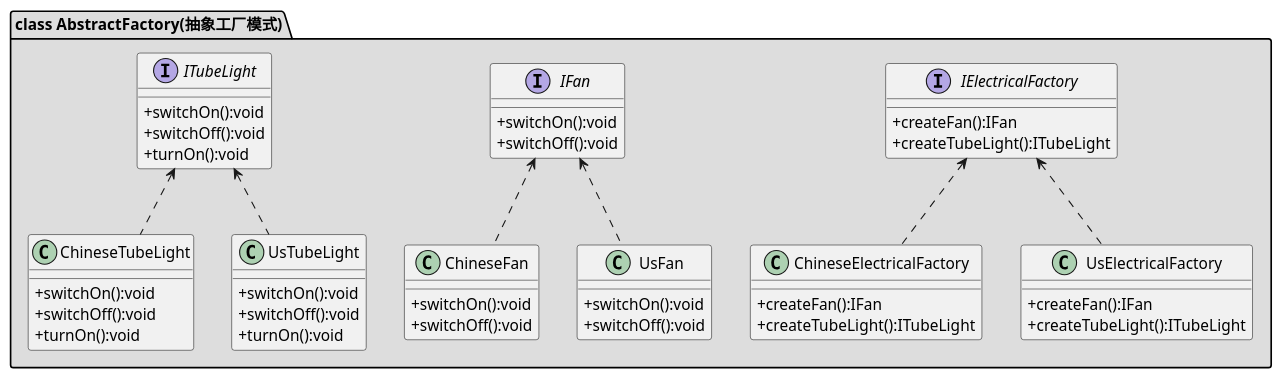
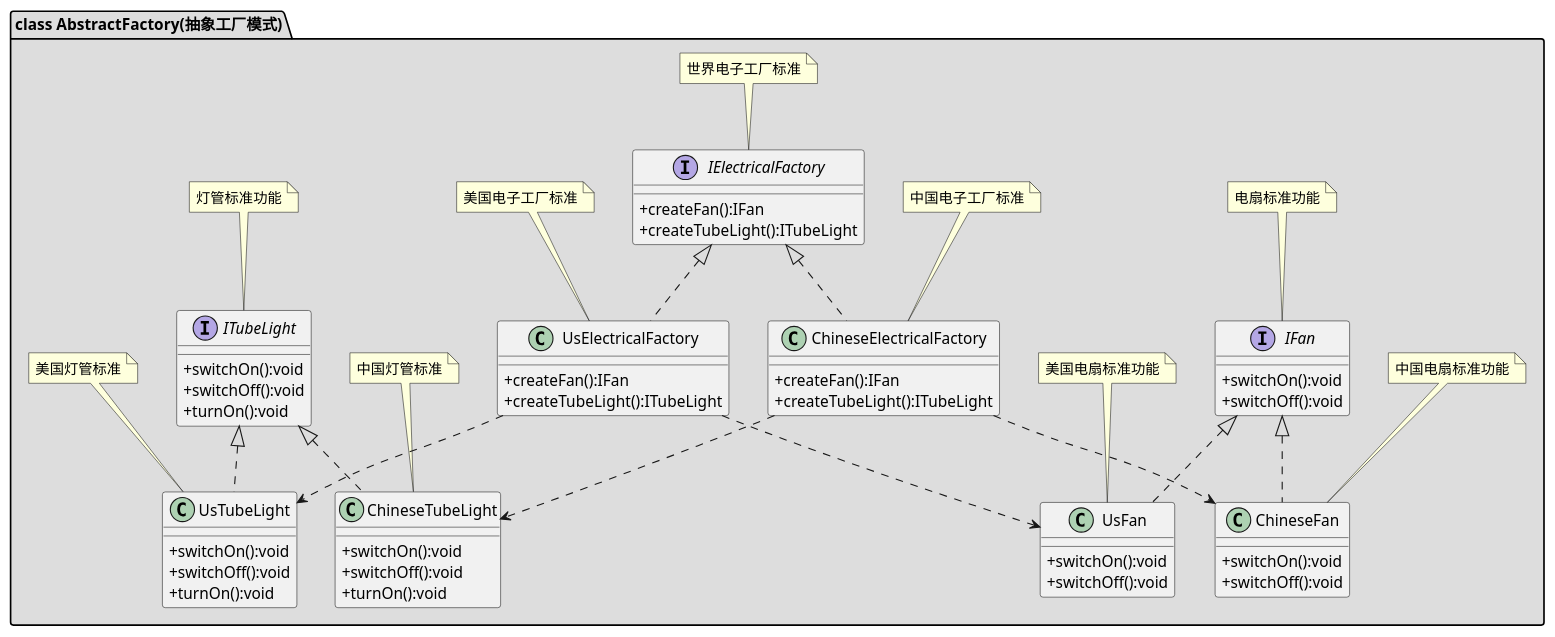
The diagram in creation/src/main/java/com/holddie/design/factory/abstractFactory/abstract-factory.puml (Asxing/awesome-design-parttern), drawn with PlantUML before and after one commit. The commit also changed 58 other files, not shown here.

```diff
--- a/creation/src/main/java/com/holddie/design/factory/abstractFactory/abstract-factory.puml
+++ b/creation/src/main/java/com/holddie/design/factory/abstractFactory/abstract-factory.puml
@@ -1,62 +1,78 @@
 @startuml
 skinparam classAttributeIconSize 0
 
 package "class AbstractFactory(抽象工厂模式)" #DDDDDD {
 
 interface IElectricalFactory{
 +createFan():IFan
 +createTubeLight():ITubeLight
 }
+note top of IElectricalFactory: 世界电子工厂标准 
 
 class ChineseElectricalFactory {
 +createFan():IFan
 +createTubeLight():ITubeLight
 }
+note top of ChineseElectricalFactory: 中国电子工厂标准
 
 class UsElectricalFactory {
 +createFan():IFan
 +createTubeLight():ITubeLight
 }
+note top of UsElectricalFactory: 美国电子工厂标准
+
 
 interface IFan {
 +switchOn():void
 +switchOff():void
 }
+note top of IFan: 电扇标准功能
+
 
 class ChineseFan {
 +switchOn():void
 +switchOff():void
 }
+note top of ChineseFan: 中国电扇标准功能
 
 class UsFan {
 +switchOn():void
 +switchOff():void
 }
+note top of UsFan: 美国电扇标准功能
 
 interface ITubeLight{
 +switchOn():void
 +switchOff():void
 +turnOn():void
 }
+note top of ITubeLight: 灯管标准功能 
 
 class ChineseTubeLight{
 +switchOn():void
 +switchOff():void
 +turnOn():void
 }
+note top of ChineseTubeLight: 中国灯管标准
 
 class UsTubeLight{
 +switchOn():void
 +switchOff():void
 +turnOn():void
 }
+note top of UsTubeLight: 美国灯管标准
 
 
-    ITubeLight <.. UsTubeLight
-    ITubeLight <.. ChineseTubeLight
-    IFan <.. ChineseFan
-    IFan <.. UsFan
-    IElectricalFactory <.. ChineseElectricalFactory
-    IElectricalFactory <.. UsElectricalFactory
+ITubeLight <|.. UsTubeLight
+ITubeLight <|.. ChineseTubeLight
+IFan <|.. ChineseFan
+IFan <|.. UsFan
+IElectricalFactory <|.. ChineseElectricalFactory
+IElectricalFactory <|.. UsElectricalFactory
+ChineseElectricalFactory ..> ChineseTubeLight 
+ChineseElectricalFactory ..> ChineseFan 
+UsElectricalFactory ..> UsTubeLight 
+UsElectricalFactory ..> UsFan 
+    
 }
 @enduml
```
